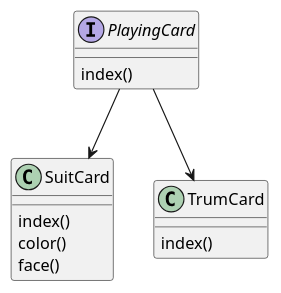
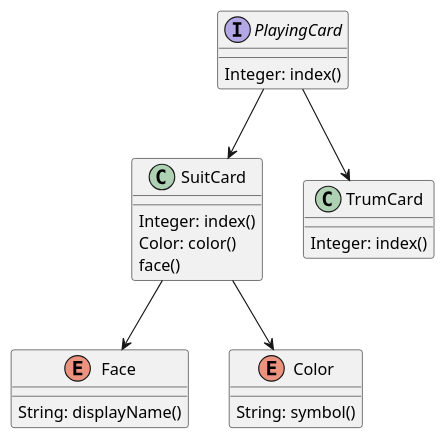
The diagram in trainer-guide/initial_class_diagram.puml (jtama/crazy-data-oriented-programming), drawn with PlantUML before and after one commit. The commit also changed 4 other files, not shown here.

```diff
--- a/trainer-guide/initial_class_diagram.puml
+++ b/trainer-guide/initial_class_diagram.puml
@@ -1,21 +1,30 @@
 @startuml
 
-
 interface PlayingCard{
-    index()
+    Integer: index()
 }
 
 class SuitCard{
-    index()
-    color()
+    Integer: index()
+    Color: color()
     face()
 }
 
+enum Face {
+    String: displayName()
+}
+
+enum Color {
+    String: symbol()
+}
+
 class TrumCard {
-    index()
+    Integer: index()
 }
 
 
 PlayingCard --> SuitCard
 PlayingCard --> TrumCard
+SuitCard --> Color
+SuitCard --> Face
 @enduml
```
